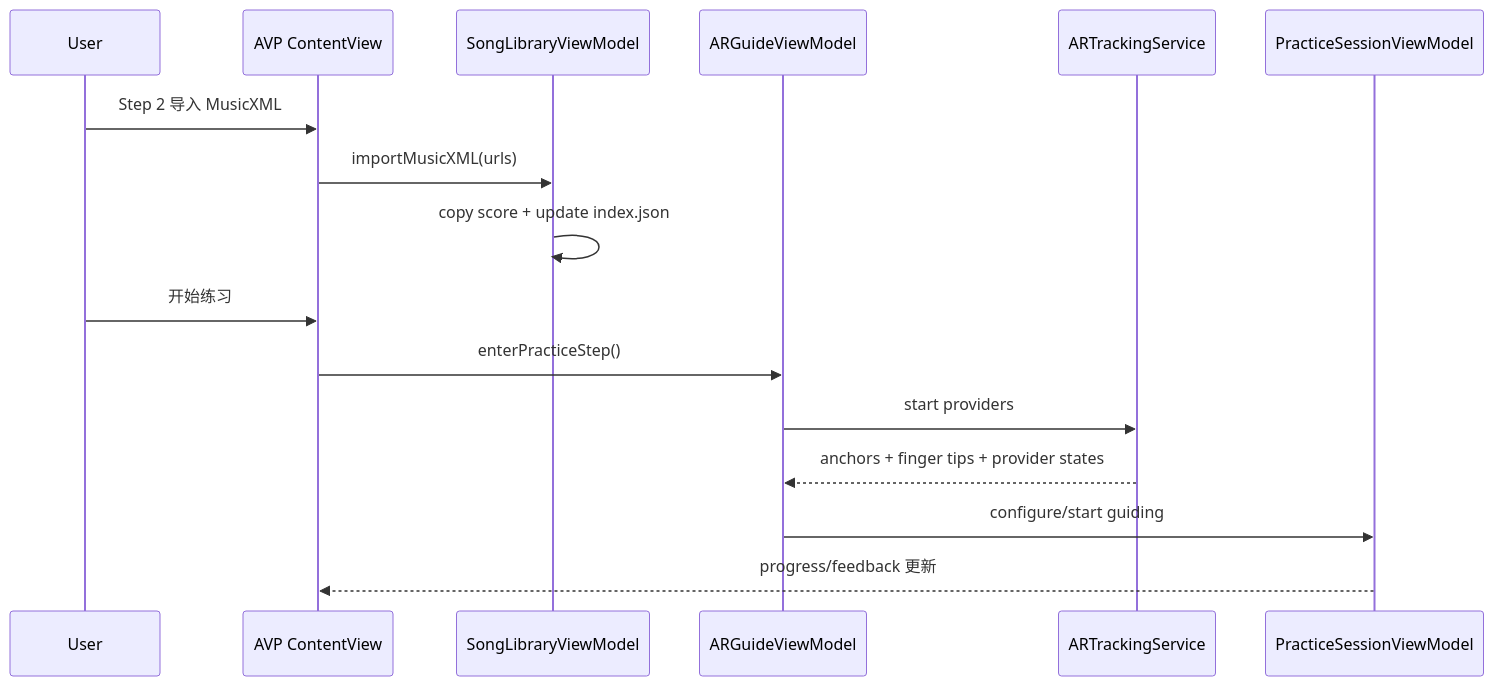
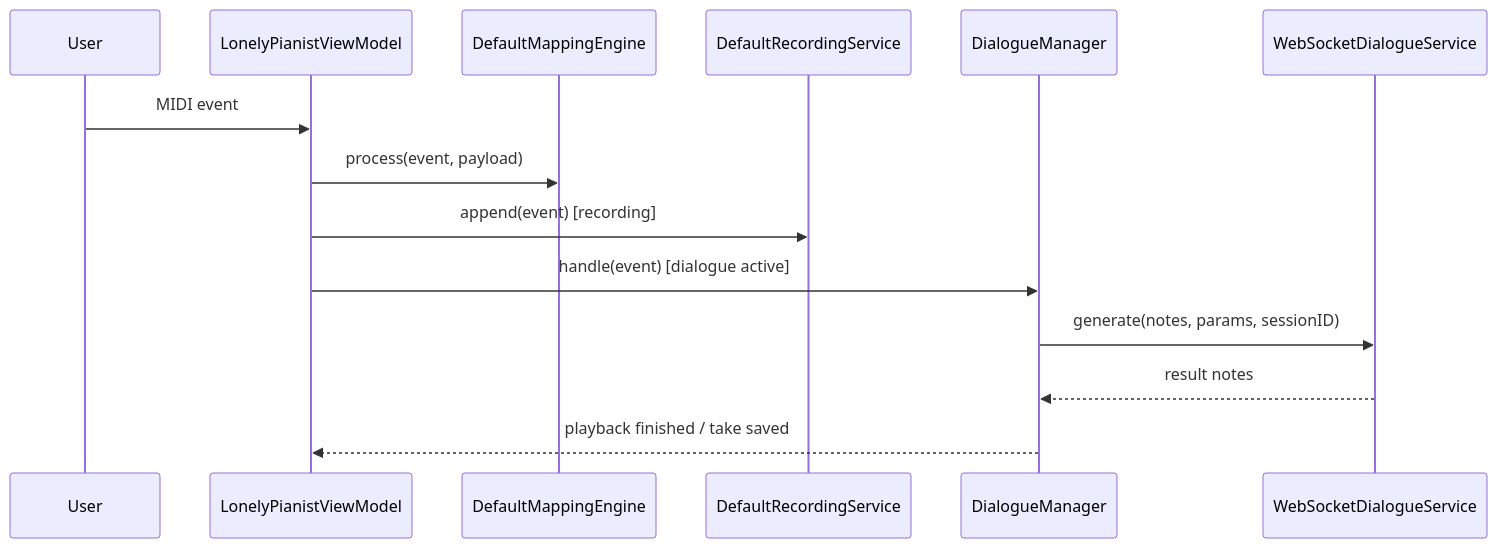
The diagram in .github/deepwiki/data-flow.md (chiimagnus/LonelyPianist), drawn with Mermaid before and after one commit. The commit also changed other lines of this file and 27 other files, not shown here.

````diff
--- a/.github/deepwiki/data-flow.md
+++ b/.github/deepwiki/data-flow.md
@@ -47,19 +14,17 @@
 ```mermaid
 sequenceDiagram
   participant U as User
-  participant V as AVP ContentView
-  participant L as SongLibraryViewModel
-  participant A as ARGuideViewModel
-  participant T as ARTrackingService
-  participant P as PracticeSessionViewModel
+  participant M as LonelyPianistViewModel
+  participant E as DefaultMappingEngine
+  participant R as DefaultRecordingService
+  participant D as DialogueManager
+  participant S as WebSocketDialogueService
 
-  U->>V: Step 2 导入 MusicXML
-  V->>L: importMusicXML(urls)
-  L->>L: copy score + update index.json
-  U->>V: 开始练习
-  V->>A: enterPracticeStep()
-  A->>T: start providers
-  T-->>A: anchors + finger tips + provider states
-  A->>P: configure/start guiding
-  P-->>V: progress/feedback 更新
+  U->>M: MIDI event
+  M->>E: process(event, payload)
+  M->>R: append(event) [recording]
+  M->>D: handle(event) [dialogue active]
+  D->>S: generate(notes, params, sessionID)
+  S-->>D: result notes
+  D-->>M: playback finished / take saved
 ```
````
